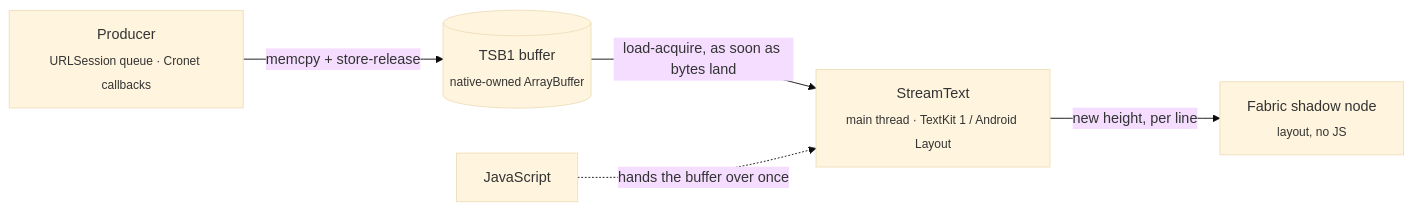
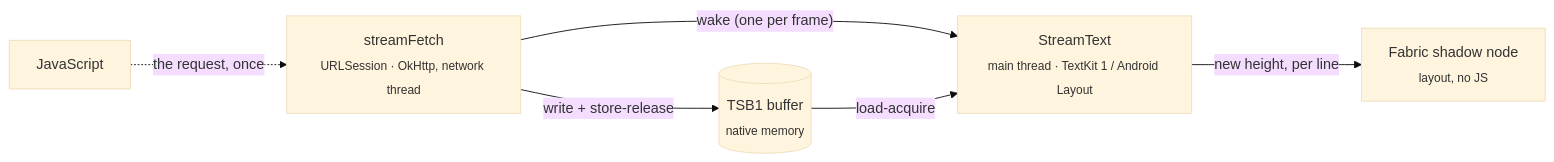
One commit to pioner92/react-native-text-stream changed the diagram in README.md. Above: the diagram before and after it, drawn with Mermaid (base theme). The commit also changed other lines of this file and 1 other file, not shown here.

First line of the commit message:
docs: README for streamFetch, request and streamId

````diff
--- a/README.md
+++ b/README.md
@@ -287,7 +338,8 @@
 ```mermaid
 flowchart LR
-    P["Producer<br/><sub>URLSession queue · Cronet callbacks</sub>"] -- "memcpy + store-release" --> B[("TSB1 buffer<br/><sub>native-owned ArrayBuffer</sub>")]
-    B -- "load-acquire, as soon as bytes land" --> R["StreamText<br/><sub>main thread · TextKit 1 / Android Layout</sub>"]
+    J["JavaScript"] -. "the request, once" .-> P["streamFetch<br/><sub>URLSession · OkHttp, network thread</sub>"]
+    P -- "write + store-release" --> B[("TSB1 buffer<br/><sub>native memory</sub>")]
+    P -- "wake (one per frame)" --> R["StreamText<br/><sub>main thread · TextKit 1 / Android Layout</sub>"]
+    B -- "load-acquire" --> R
     R -- "new height, per line" --> S["Fabric shadow node<br/><sub>layout, no JS</sub>"]
-    J["JavaScript"] -. "hands the buffer over once" .-> R
 ```
````
